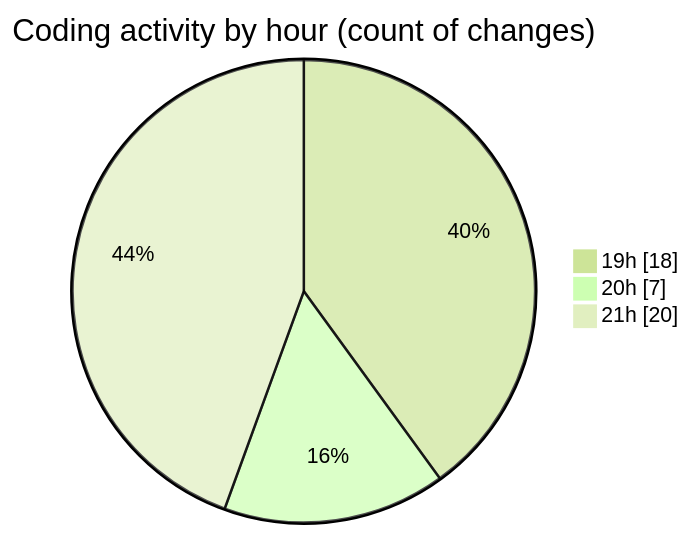
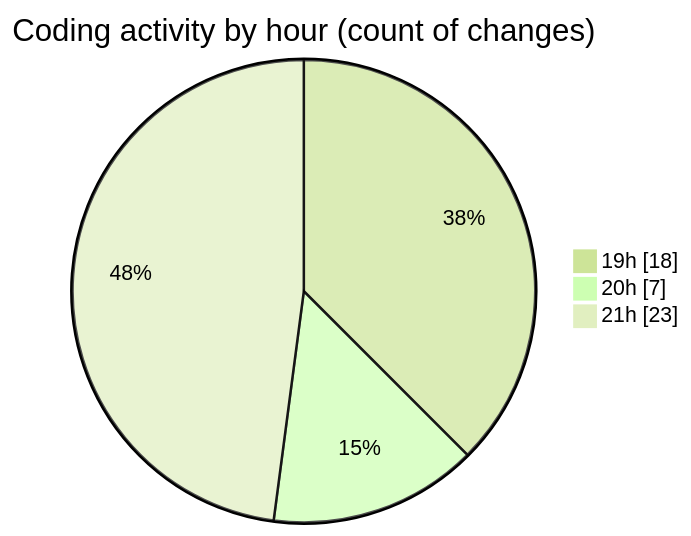
The second of 2 diagrams in 2025-02-05/react_ecom/README.md (Elitesun/code-tracking), drawn with Mermaid (forest theme) before and after one commit. The commit also changed other lines of this file and 1 other file, not shown here.

````diff
--- a/2025-02-05/react_ecom/README.md
+++ b/2025-02-05/react_ecom/README.md
@@ -39,7 +39,7 @@
 ```mermaid
 pie showData
 title Coding activity by hour (count of changes)
 "19h" : 18
 "20h" : 7
-"21h" : 20
+"21h" : 23
 ```
````
